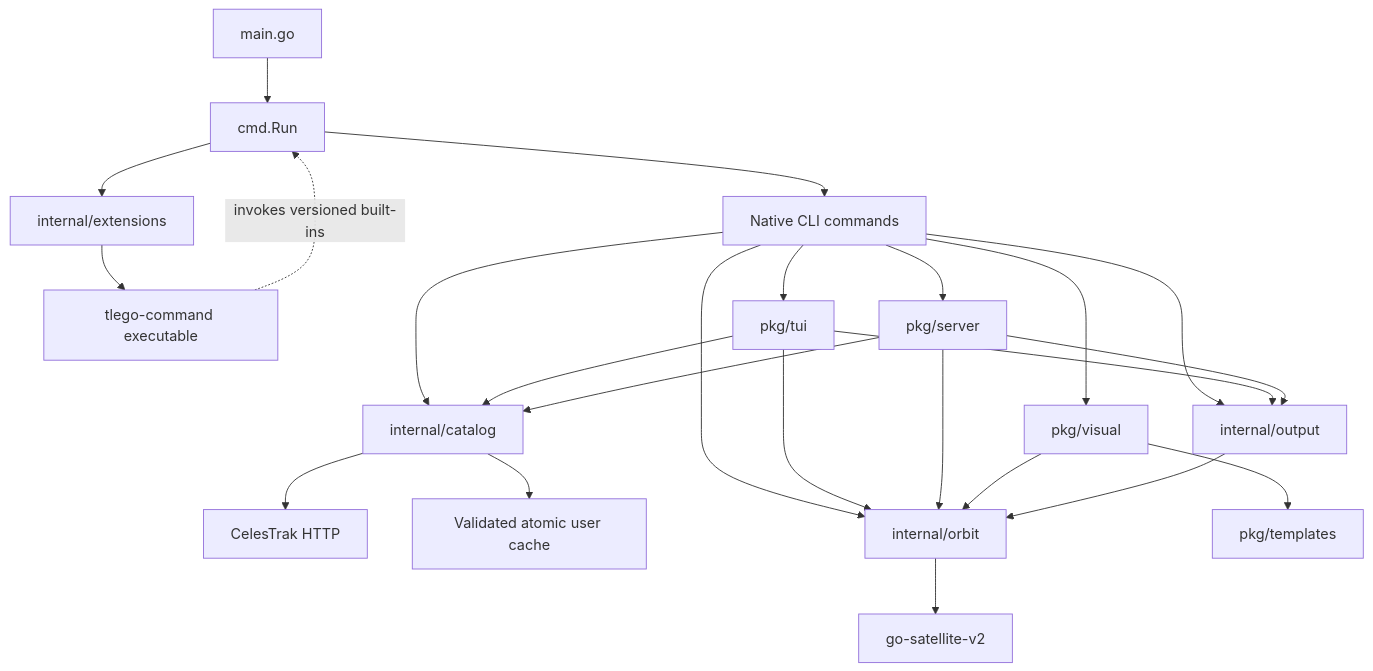
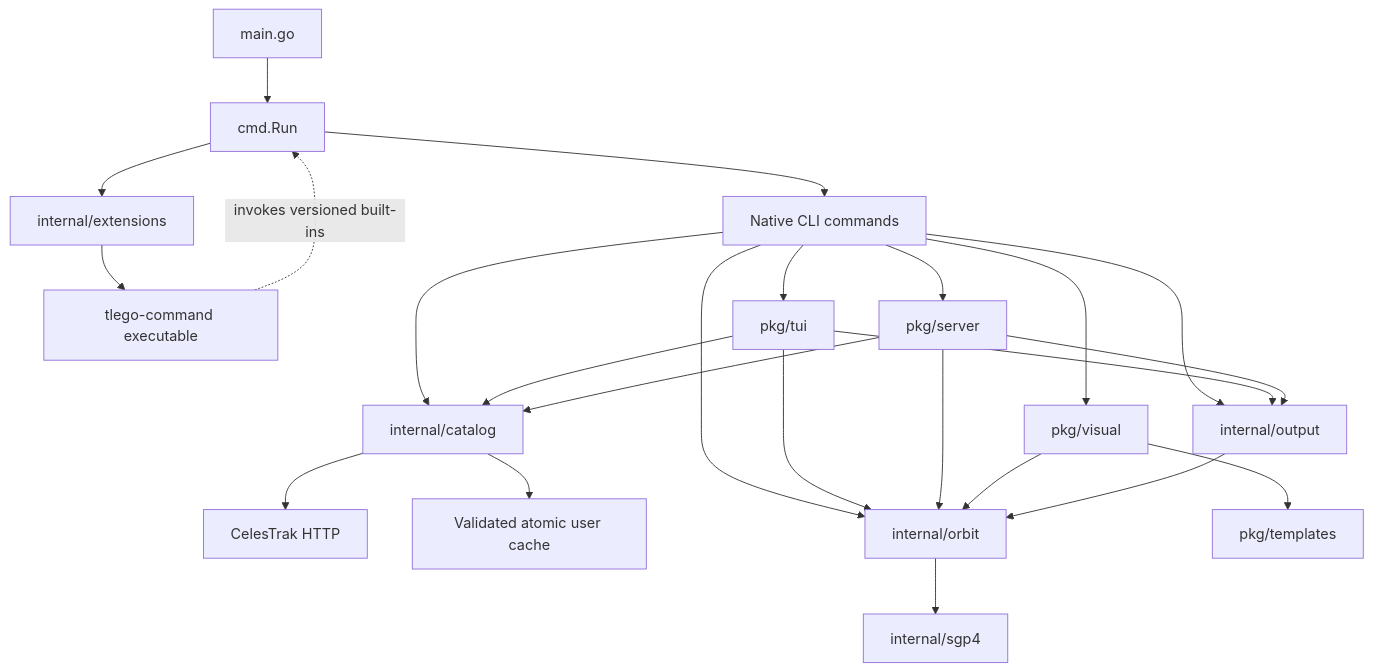
Before and after one commit to Mohammed-Ashour/tlego: the diagram in ARCHITECTURE.md, drawn with Mermaid. The commit also changed other lines of this file and 47 other files, not shown here.

````diff
--- a/ARCHITECTURE.md
+++ b/ARCHITECTURE.md
@@ -19,26 +19,26 @@
 ```mermaid
 flowchart TD
     Main[main.go] --> Run[cmd.Run]
     Run --> CLI[Native CLI commands]
     Run --> Extensions[internal/extensions]
     Extensions --> External[tlego-command executable]
     CLI --> TUI[pkg/tui]
     CLI --> HTTP[pkg/server]
     CLI --> Visual[pkg/visual]
     CLI --> Catalog[internal/catalog]
     TUI --> Catalog
     HTTP --> Catalog
     Catalog --> Provider[CelesTrak HTTP]
     Catalog --> Cache[Validated atomic user cache]
     CLI --> Orbit[internal/orbit]
     TUI --> Orbit
     HTTP --> Orbit
     Visual --> Orbit
-    Orbit --> SGP4[go-satellite-v2]
+    Orbit --> SGP4[internal/sgp4]
     CLI --> Output[internal/output]
     TUI --> Output
     HTTP --> Output
     Output --> Orbit
     Visual --> Templates[pkg/templates]
     External -. invokes versioned built-ins .-> Run
 ```
````
